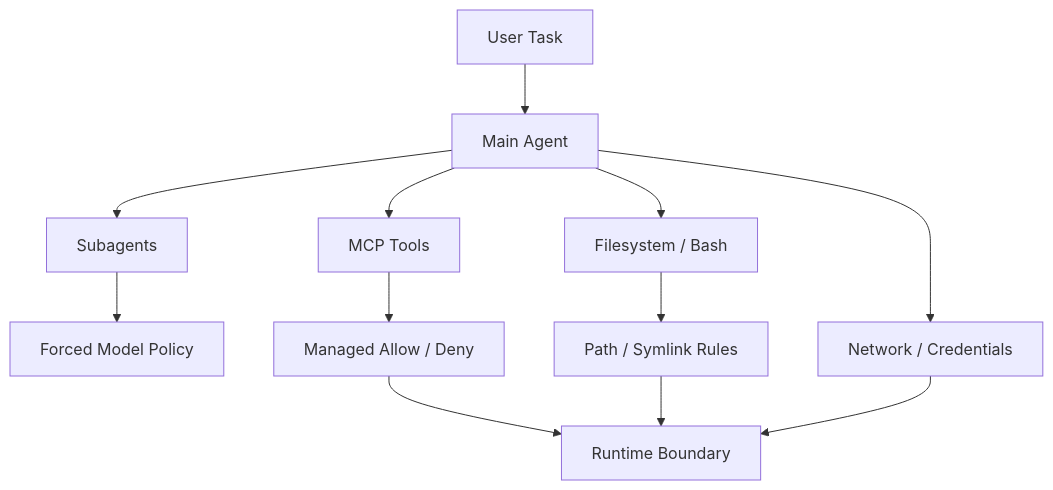
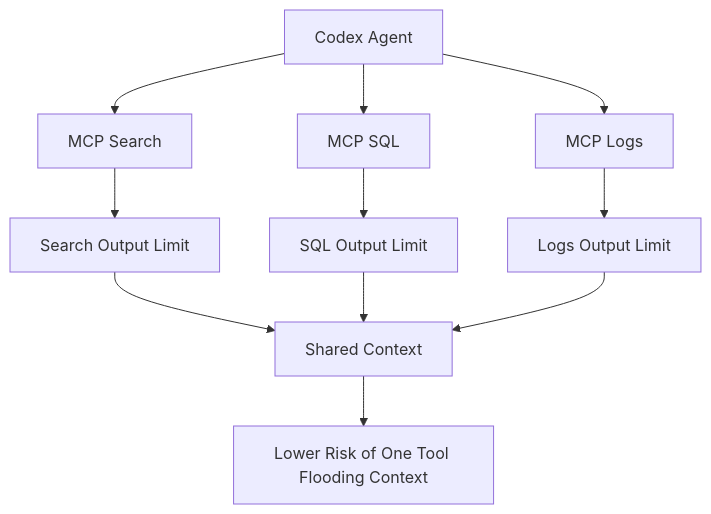
Diagram 17 of 24 in 260902.md (wlf186/ai-daily-headlines), drawn with Mermaid before and after one commit. The commit also changed other lines of this file, not shown here.

````diff
--- a/260902.md
+++ b/260902.md
@@ -928,14 +1002,13 @@
 ```mermaid
 flowchart TD
-    CS1[User Task] --> CS2[Main Agent]
-    CS2 --> CS3[Subagents]
-    CS2 --> CS4[MCP Tools]
-    CS2 --> CS5[Filesystem / Bash]
-    CS3 --> CS6[Forced Model Policy]
-    CS4 --> CS7[Managed Allow / Deny]
-    CS5 --> CS8[Path / Symlink Rules]
-    CS2 --> CS9[Network / Credentials]
-    CS7 --> CS10[Runtime Boundary]
-    CS8 --> CS10
-    CS9 --> CS10
+    C1[Codex Agent] --> C2[MCP Search]
+    C1 --> C3[MCP SQL]
+    C1 --> C4[MCP Logs]
+    C2 --> C5[Search Output Limit]
+    C3 --> C6[SQL Output Limit]
+    C4 --> C7[Logs Output Limit]
+    C5 --> C8[Shared Context]
+    C6 --> C8
+    C7 --> C8
+    C8 --> C9[Lower Risk of One Tool Flooding Context]
 ```
````
